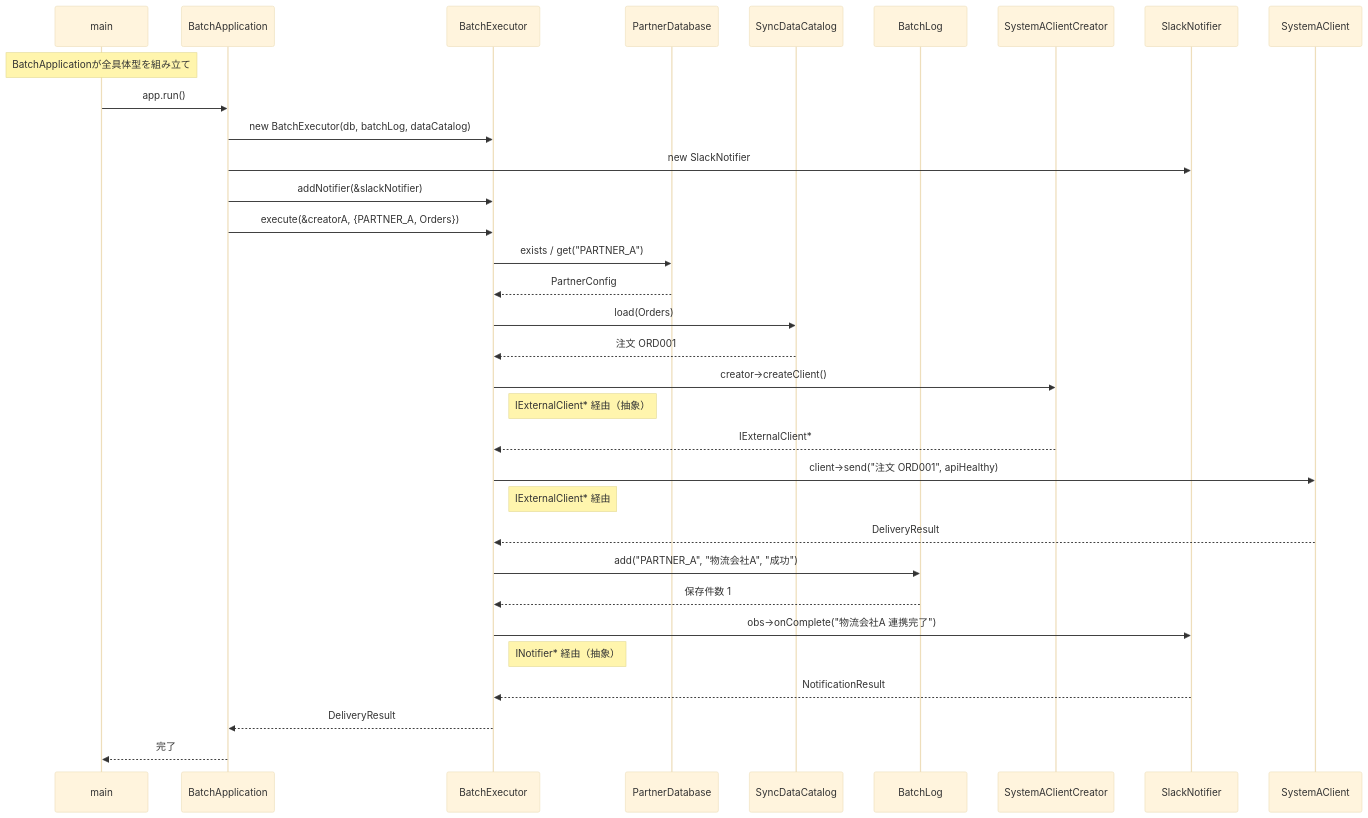
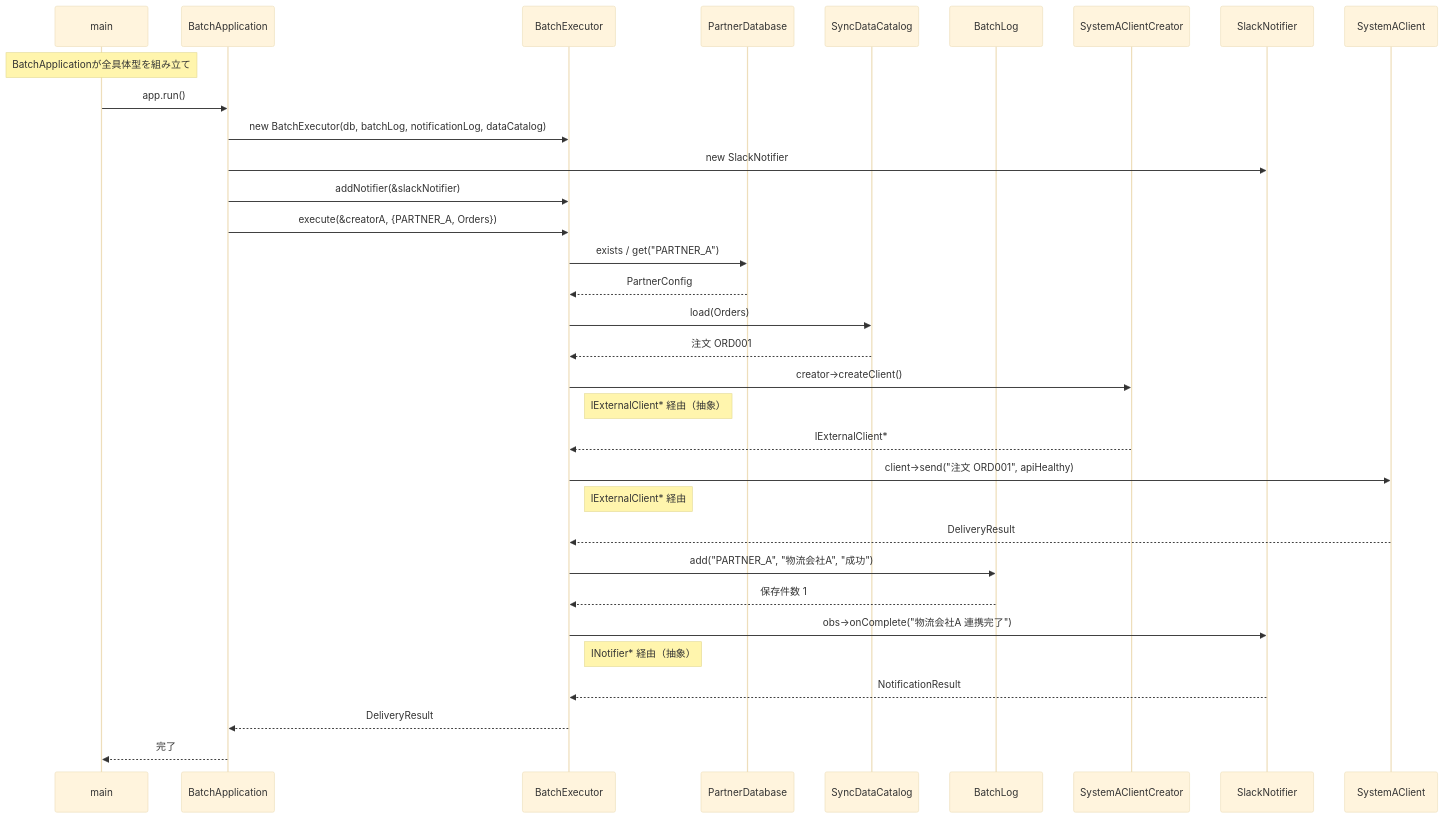
Before and after one commit to kumachan1101-pixel/DesignPattern: the ninth of 12 diagrams in kindle/design-patterns/output/chapter10.md, drawn with Mermaid (base theme). The commit also changed other lines of this file and 4 other files, not shown here.

First line of the commit message:
P1: 契約・クラス図とコードの不一致を是正(ch02/ch08/ch10/ch12)

````diff
--- a/kindle/design-patterns/output/chapter10.md
+++ b/kindle/design-patterns/output/chapter10.md
@@ -2220,35 +2220,35 @@
 ```mermaid
 sequenceDiagram
     participant main
     participant BA as BatchApplication
     participant BE as BatchExecutor
     participant DB as PartnerDatabase
     participant DC as SyncDataCatalog
     participant BL as BatchLog
     participant AC as SystemAClientCreator
     participant SN as SlackNotifier
     participant SA as SystemAClient
     Note over main: BatchApplicationが全具体型を組み立て
     main->>BA: app.run()
-    BA->>BE: new BatchExecutor(db, batchLog, dataCatalog)
+    BA->>BE: new BatchExecutor(db, batchLog, notificationLog, dataCatalog)
     BA->>SN: new SlackNotifier
     BA->>BE: addNotifier(&slackNotifier)
     BA->>BE: execute(&creatorA, {PARTNER_A, Orders})
     BE->>DB: exists / get("PARTNER_A")
     DB-->>BE: PartnerConfig
     BE->>DC: load(Orders)
     DC-->>BE: 注文 ORD001
     BE->>AC: creator->createClient()
     Note right of BE: IExternalClient* 経由（抽象）
     AC-->>BE: IExternalClient*
     BE->>SA: client->send("注文 ORD001", apiHealthy)
     Note right of BE: IExternalClient* 経由
     SA-->>BE: DeliveryResult
     BE->>BL: add("PARTNER_A", "物流会社A", "成功")
     BL-->>BE: 保存件数 1
     BE->>SN: obs->onComplete("物流会社A 連携完了")
     Note right of BE: INotifier* 経由（抽象）
     SN-->>BE: NotificationResult
     BE-->>BA: DeliveryResult
     BA-->>main: 完了
 ```
````
